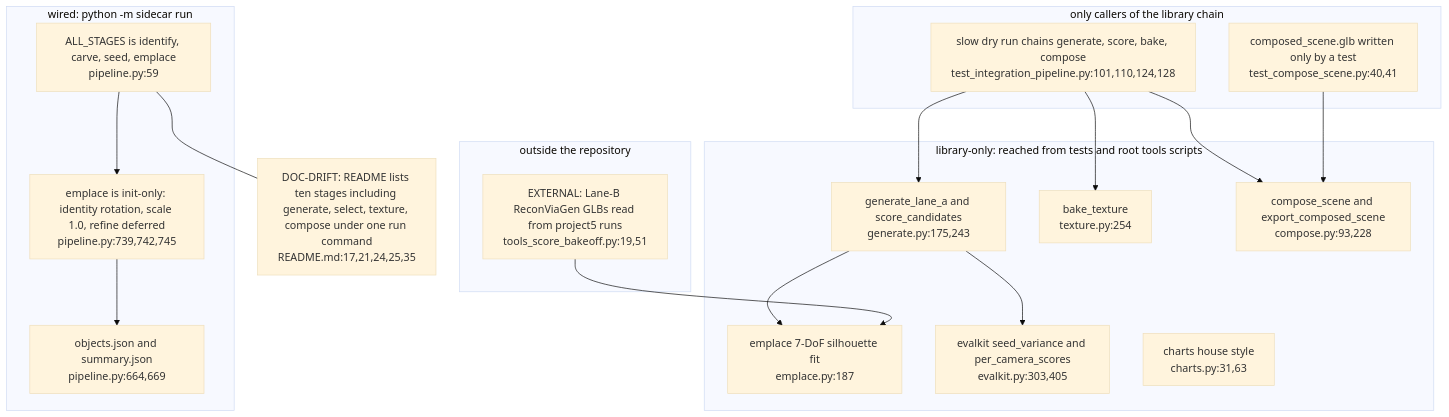
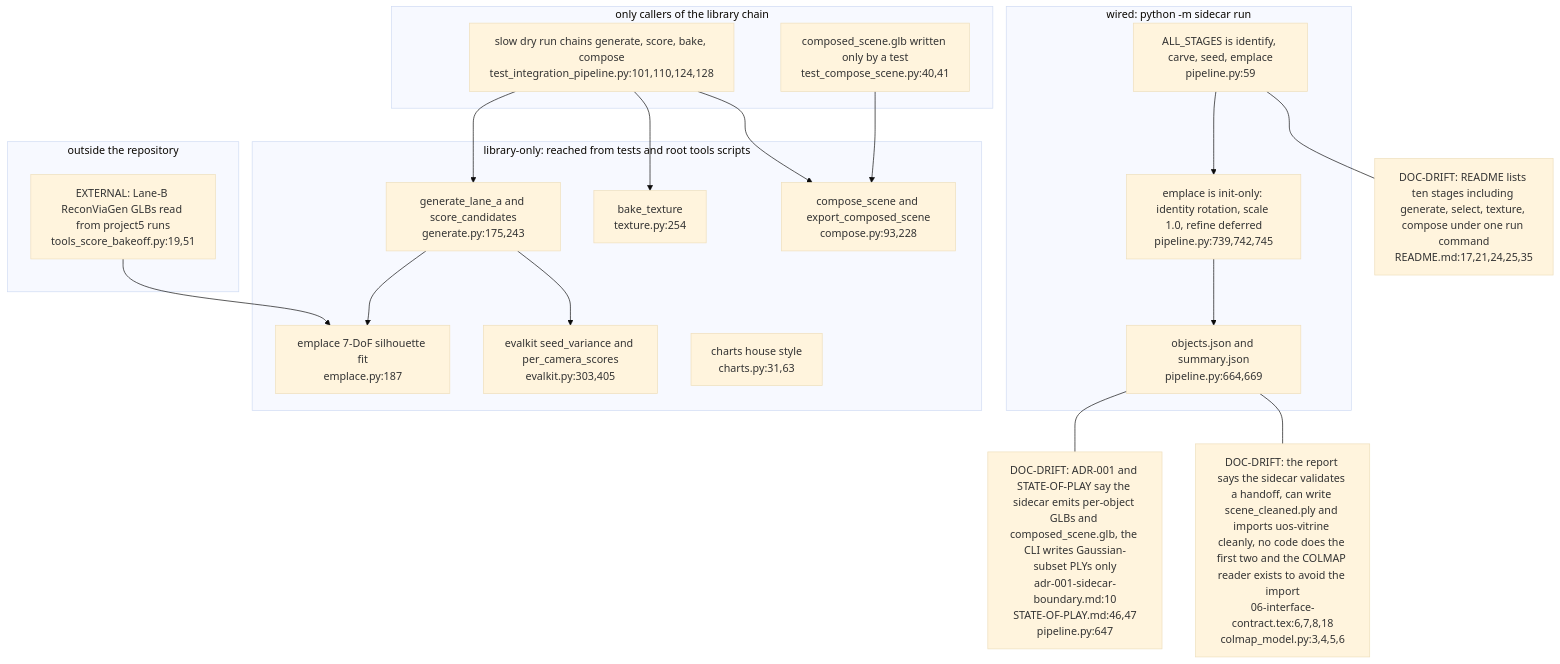
The third of 3 diagrams in docs/diagrams/vitrine-object-sidecar/01-boundary-file-contract-and-code-map.md (DreamLab-AI/VisionFlow), drawn with Mermaid (base theme) before and after one commit. The commit also changed 5 other files, not shown here.

First line of the commit message:
diagrams(vitrine-object-sidecar): tighten claims and add contract drift

````diff
--- a/docs/diagrams/vitrine-object-sidecar/01-boundary-file-contract-and-code-map.md
+++ b/docs/diagrams/vitrine-object-sidecar/01-boundary-file-contract-and-code-map.md
@@ -101,33 +101,37 @@
 ```mermaid
 flowchart TB
     subgraph WIRED["wired: python -m sidecar run"]
         STAGES["ALL_STAGES is identify, carve, seed, emplace<br/>pipeline.py:59"]
         EINIT["emplace is init-only: identity rotation, scale 1.0, refine deferred<br/>pipeline.py:739,742,745"]
         WMAN["objects.json and summary.json<br/>pipeline.py:664,669"]
     end
     subgraph LIB["library-only: reached from tests and root tools scripts"]
         GEN["generate_lane_a and score_candidates<br/>generate.py:175,243"]
         EMP["emplace 7-DoF silhouette fit<br/>emplace.py:187"]
         TEX["bake_texture<br/>texture.py:254"]
         CMP["compose_scene and export_composed_scene<br/>compose.py:93,228"]
         EVK["evalkit seed_variance and per_camera_scores<br/>evalkit.py:303,405"]
         CHT["charts house style<br/>charts.py:31,63"]
     end
     subgraph TESTS["only callers of the library chain"]
         DRY["slow dry run chains generate, score, bake, compose<br/>test_integration_pipeline.py:101,110,124,128"]
         CST["composed_scene.glb written only by a test<br/>test_compose_scene.py:40,41"]
     end
     subgraph EXTREPO["outside the repository"]
         LB["EXTERNAL: Lane-B ReconViaGen GLBs read from project5 runs<br/>tools_score_bakeoff.py:19,51"]
     end
     STAGES --> EINIT --> WMAN
     DRY --> GEN
     DRY --> TEX
     DRY --> CMP
     GEN --> EMP
     GEN --> EVK
     CST --> CMP
     LB --> EMP
     DRIFT["DOC-DRIFT: README lists ten stages including generate, select, texture, compose under one run command<br/>README.md:17,21,24,25,35"]
     STAGES --- DRIFT
+    DRIFT2["DOC-DRIFT: ADR-001 and STATE-OF-PLAY say the sidecar emits per-object GLBs and composed_scene.glb, the CLI writes Gaussian-subset PLYs only<br/>adr-001-sidecar-boundary.md:10<br/>STATE-OF-PLAY.md:46,47<br/>pipeline.py:647"]
+    WMAN --- DRIFT2
+    DRIFT3["DOC-DRIFT: the report says the sidecar validates a handoff, can write scene_cleaned.ply and imports uos-vitrine cleanly, no code does the first two and the COLMAP reader exists to avoid the import<br/>06-interface-contract.tex:6,7,8,18<br/>colmap_model.py:3,4,5,6"]
+    WMAN --- DRIFT3
 ```
````
